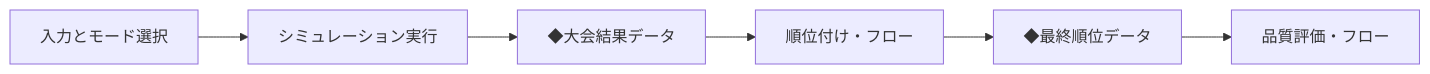
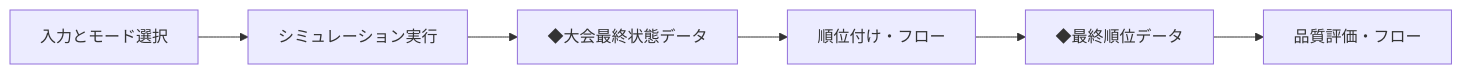
Before and after one commit to muzudho/ShogiTournamentSystemAnalyzer: the fourth of 5 diagrams in docs/むずでょの案/［大会ルール作成］の理想形と現状の差.md, drawn with Mermaid. The commit also changed other lines of this file and 11 other files, not shown here.

````diff
--- a/docs/むずでょの案/［大会ルール作成］の理想形と現状の差.md
+++ b/docs/むずでょの案/［大会ルール作成］の理想形と現状の差.md
@@ -221,8 +221,8 @@
 ```mermaid
 flowchart LR
 	A[入力とモード選択] --> B[シミュレーション実行]
-	B --> C[◆大会結果データ]
+	B --> C[◆大会最終状態データ]
 	C --> D[順位付け・フロー]
 	D --> E[◆最終順位データ]
 	E --> F[品質評価・フロー]
 ```
````
